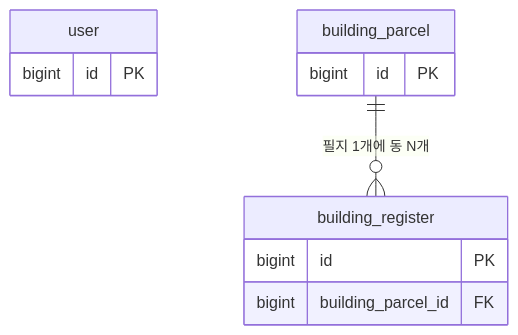
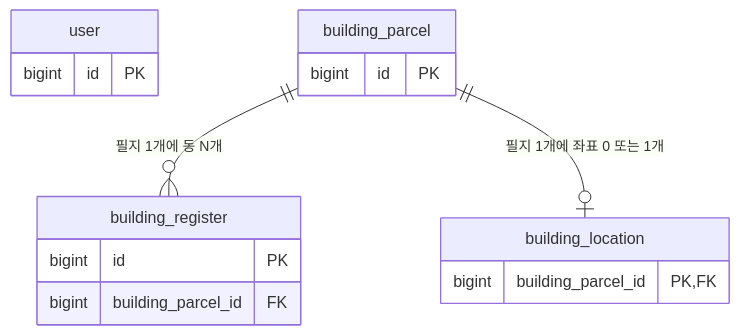
One commit to f-lab-edu/jipsee changed the first of 5 diagrams in docs/erd.md. Above: the diagram before and after it, drawn with Mermaid. The commit also changed other lines of this file, not shown here.

Commit message:
docs: building_location ERD 추가

````diff
--- a/docs/erd.md
+++ b/docs/erd.md
@@ -5,14 +5,18 @@
 ```mermaid
 erDiagram
     user {
         bigint id PK
     }
     building_parcel ||--o{ building_register : "필지 1개에 동 N개"
     building_parcel {
         bigint id PK
     }
     building_register {
         bigint id PK
         bigint building_parcel_id FK
     }
+    building_parcel ||--o| building_location : "필지 1개에 좌표 0 또는 1개"
+    building_location {
+        bigint building_parcel_id PK, FK
+    }
 ```
````
